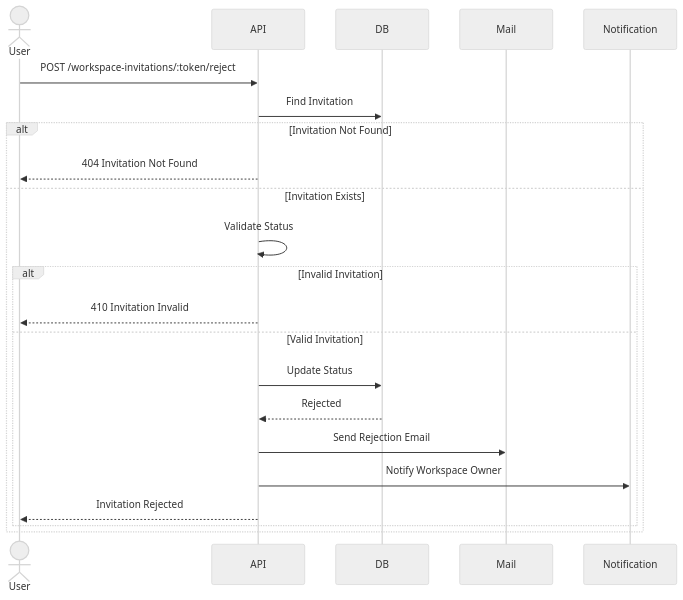
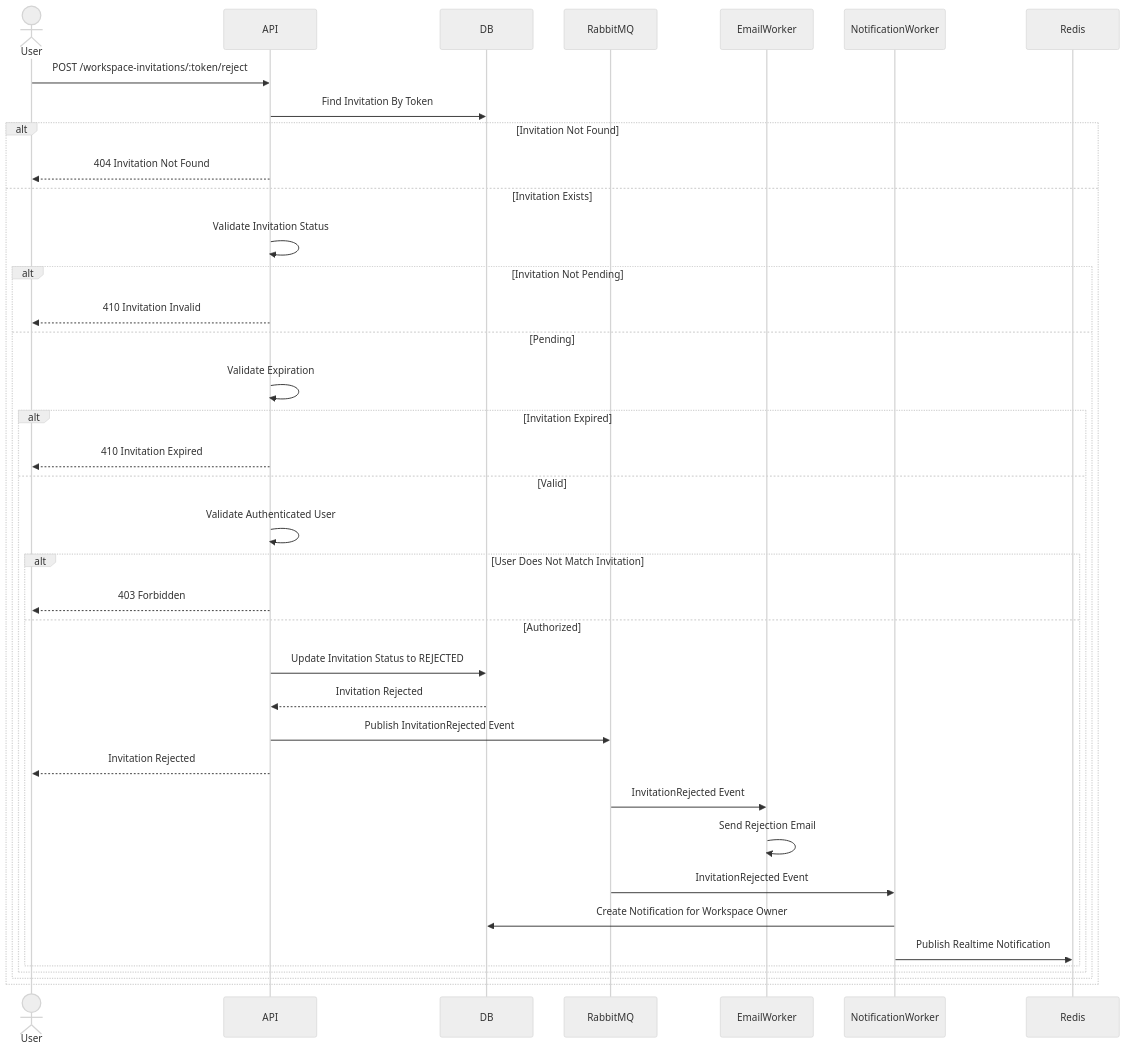
Before and after one commit to datnguyxn/LinkFlow: the fifth of 7 diagrams in docs/architecture/workspace-invitation/WorkspaceInvitation-Sequence.md, drawn with Mermaid (neutral theme). The commit also changed other lines of this file and 3 other files, not shown here.

Commit message:
docs: update architecture and API collections

````diff
--- a/docs/architecture/workspace-invitation/WorkspaceInvitation-Sequence.md
+++ b/docs/architecture/workspace-invitation/WorkspaceInvitation-Sequence.md
@@ -261,41 +326,68 @@
 ```mermaid
 sequenceDiagram
 
     actor User
     participant API
     participant DB
-    participant Mail
-    participant Notification
+    participant RabbitMQ
+    participant EmailWorker
+    participant NotificationWorker
+    participant Redis
 
     User->>API: POST /workspace-invitations/:token/reject
 
-    API->>DB: Find Invitation
+    API->>DB: Find Invitation By Token
 
     alt Invitation Not Found
 
         API-->>User: 404 Invitation Not Found
 
     else Invitation Exists
 
-        API->>API: Validate Status
+        API->>API: Validate Invitation Status
 
-        alt Invalid Invitation
+        alt Invitation Not Pending
 
             API-->>User: 410 Invitation Invalid
 
-        else Valid Invitation
+        else Pending
 
-            API->>DB: Update Status
+            API->>API: Validate Expiration
 
-            DB-->>API: Rejected
+            alt Invitation Expired
 
-            API->>Mail: Send Rejection Email
+                API-->>User: 410 Invitation Expired
 
-            API->>Notification: Notify Workspace Owner
+            else Valid
 
-            API-->>User: Invitation Rejected
+                API->>API: Validate Authenticated User
+
+                alt User Does Not Match Invitation
+
+                    API-->>User: 403 Forbidden
+
+                else Authorized
+
+                    API->>DB: Update Invitation Status to REJECTED
+
+                    DB-->>API: Invitation Rejected
+
+                    API->>RabbitMQ: Publish InvitationRejected Event
+
+                    API-->>User: Invitation Rejected
+
+                    RabbitMQ->>EmailWorker: InvitationRejected Event
+                    EmailWorker->>EmailWorker: Send Rejection Email
+
+                    RabbitMQ->>NotificationWorker: InvitationRejected Event
+                    NotificationWorker->>DB: Create Notification for Workspace Owner
+                    NotificationWorker->>Redis: Publish Realtime Notification
+
+                end
+
+            end
 
         end
 
     end
 ```
````
